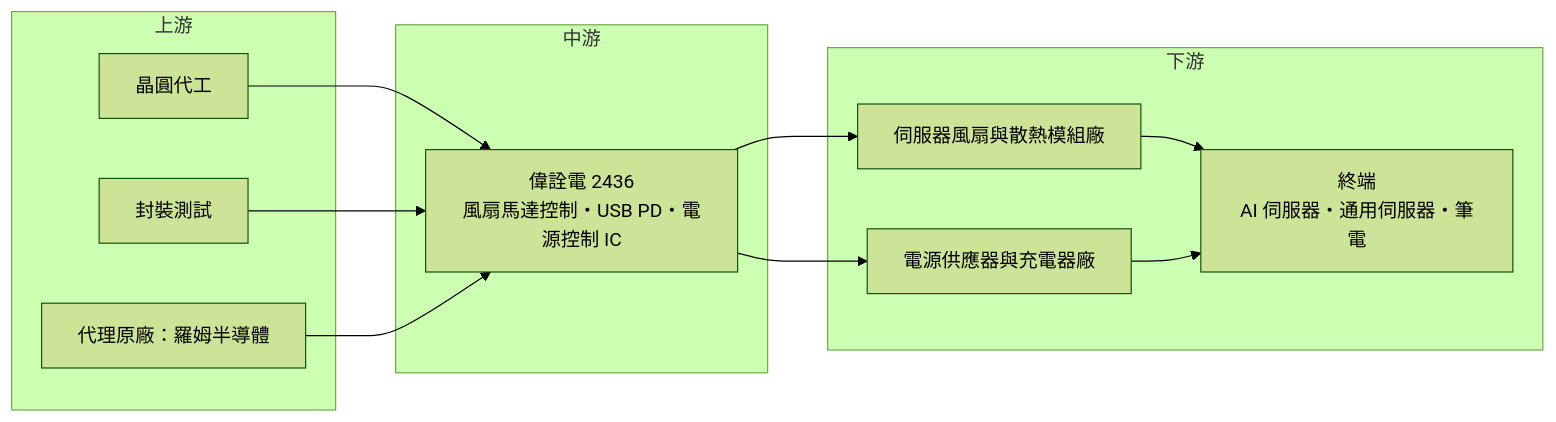
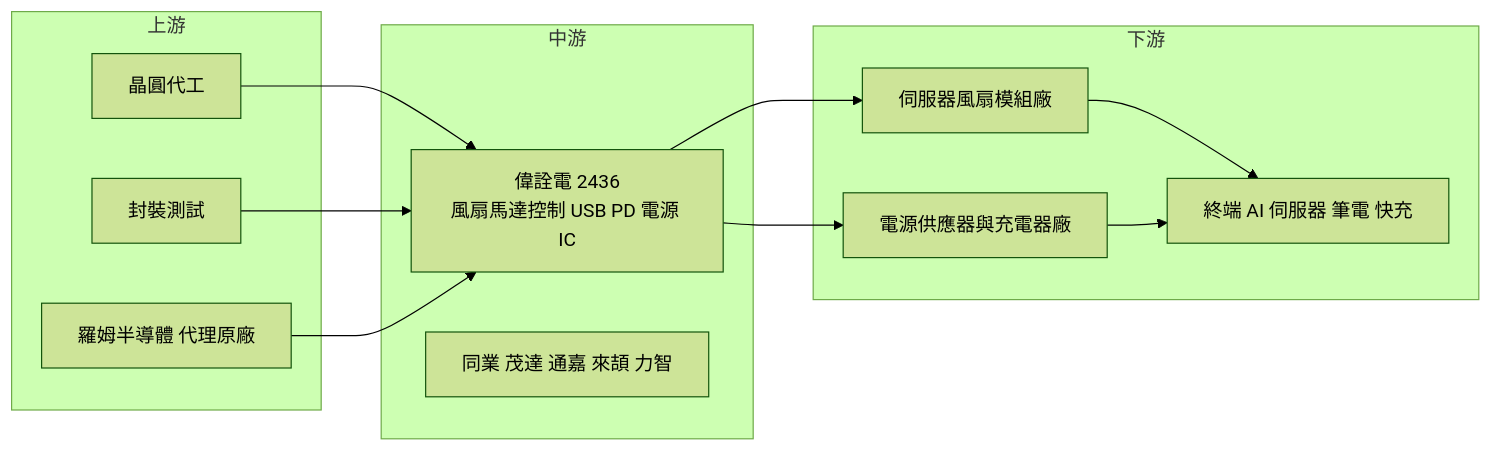
One commit to wangnick1004/taiwan-stock-vault changed the fourth of 4 diagrams in 個股/台股/2436偉詮電.md. Above: the diagram before and after it, drawn with Mermaid (forest theme). The commit also changed other lines of this file and 12 other files, not shown here.

````diff
--- a/個股/台股/2436偉詮電.md
+++ b/個股/台股/2436偉詮電.md
@@ -214,23 +226,24 @@
 ```mermaid
 flowchart LR
     subgraph 上游
         A1[晶圓代工]
         A2[封裝測試]
-        A3[代理原廠：羅姆半導體]
+        A3[羅姆半導體 代理原廠]
     end
     subgraph 中游
-        B[偉詮電 2436<br/>風扇馬達控制・USB PD・電源控制 IC]
+        B[偉詮電 2436<br/>風扇馬達控制 USB PD 電源 IC]
+        B2[同業 茂達 通嘉 來頡 力智]
     end
     subgraph 下游
-        C1[伺服器風扇與散熱模組廠]
+        C1[伺服器風扇模組廠]
         C2[電源供應器與充電器廠]
-        C3["終端<br/>AI 伺服器・通用伺服器・筆電"]
+        C3["終端 AI 伺服器 筆電 快充"]
     end
     A1 --> B
     A2 --> B
     A3 --> B
     B --> C1
     B --> C2
     C1 --> C3
     C2 --> C3
 ```
````
